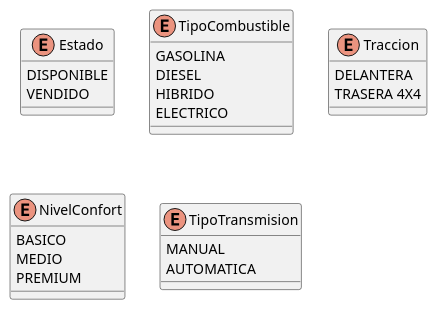
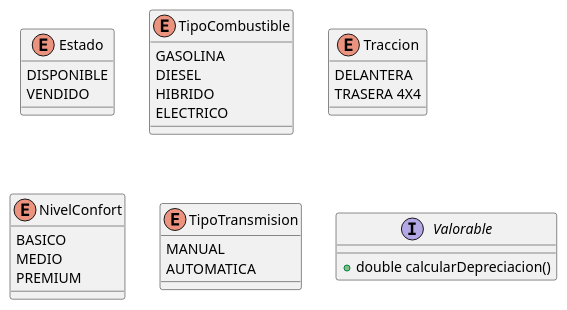
The diagram in uml/diagrama_clases.puml (R-MEduca/UT5_ED_Prog), drawn with PlantUML before and after one commit. The commit also changed 1 other file, not shown here.

Commit message:
Añadido Valorable

```diff
--- a/uml/diagrama_clases.puml
+++ b/uml/diagrama_clases.puml
@@ -1,32 +1,36 @@
 @startuml
 
 ' === Enumeraciones ===
 enum Estado {
 DISPONIBLE
 VENDIDO
 }
 
 enum TipoCombustible {
 GASOLINA
 DIESEL
 HIBRIDO
 ELECTRICO
 }
 
 enum Traccion {
 DELANTERA
 TRASERA 4X4
 }
 
 enum NivelConfort{
 BASICO
 MEDIO
 PREMIUM
 }
 
 enum TipoTransmision{
 MANUAL
 AUTOMATICA
 }
 
+' ===Interfaz===
+interface Valorable {
++double calcularDepreciacion()
+}
 @enduml
```
